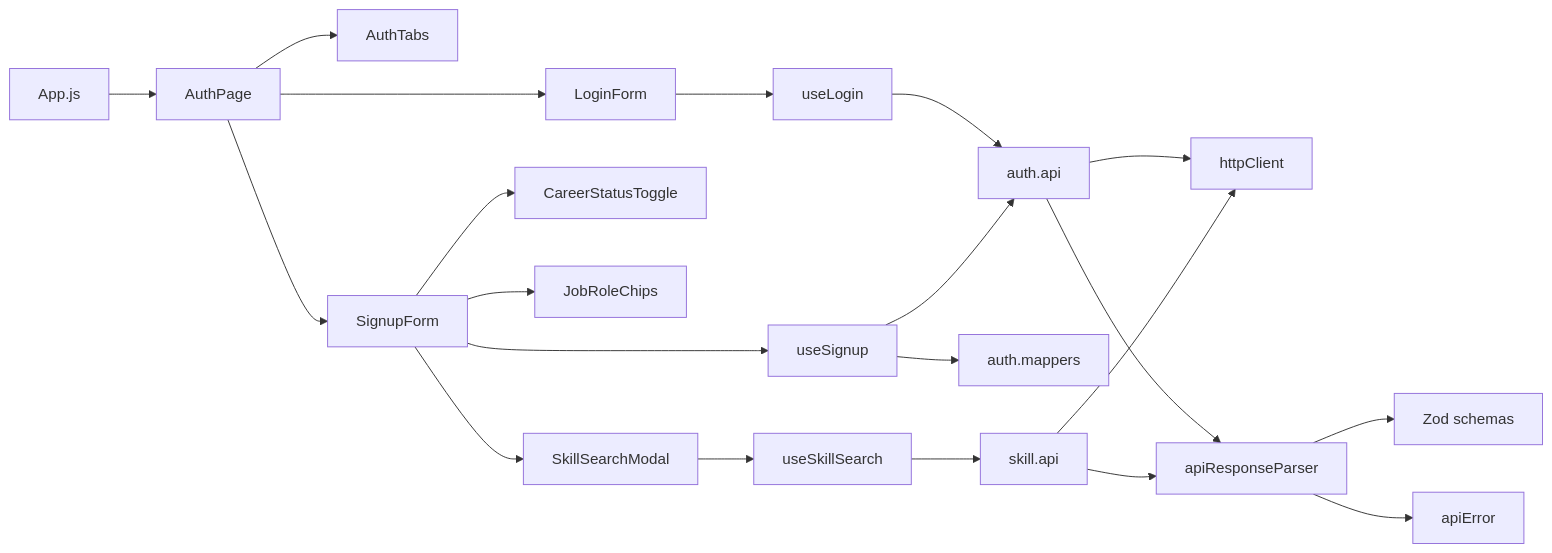
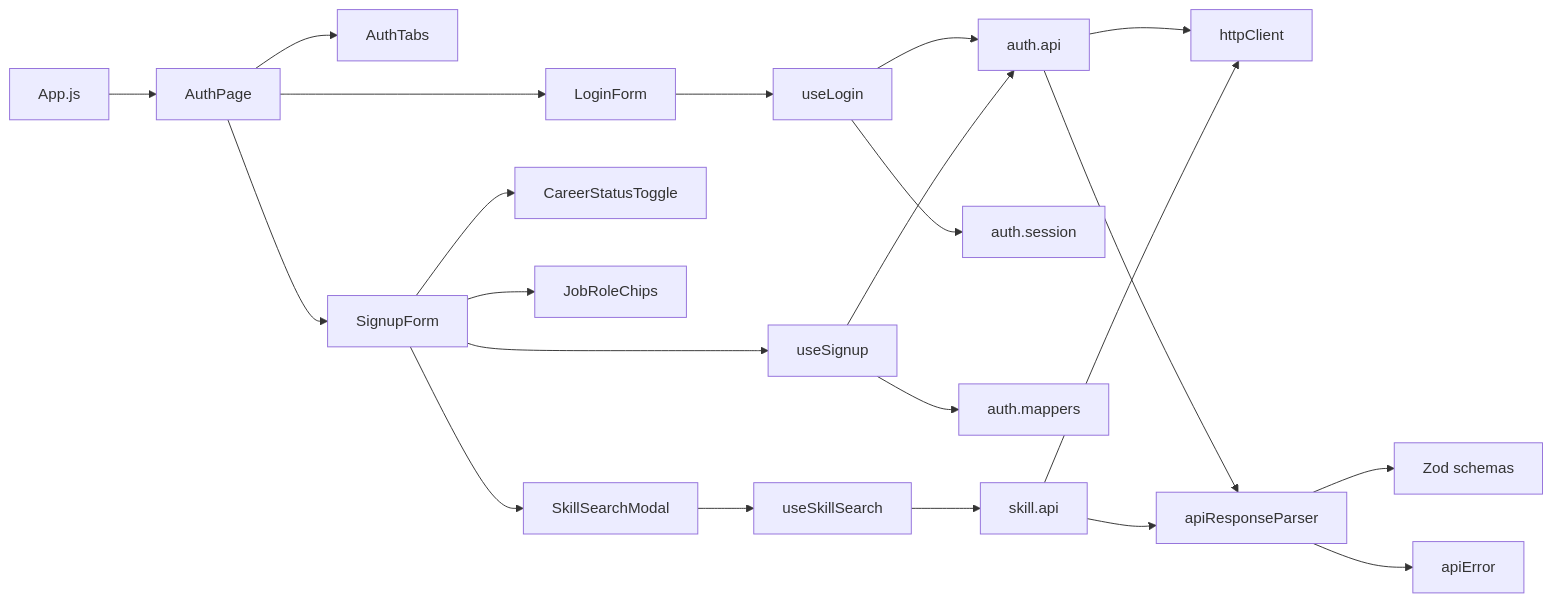
One commit to inspire-jobzip/frontend changed the diagram in docs/auth-architecture-and-logging.md. Above: the diagram before and after it, drawn with Mermaid. The commit also changed other lines of this file and 6 other files, not shown here.

Commit message:
[refactor]-11/auth_tokenSaveSession

````diff
--- a/docs/auth-architecture-and-logging.md
+++ b/docs/auth-architecture-and-logging.md
@@ -62,23 +64,24 @@
 ```mermaid
 flowchart LR
     App[App.js] --> Page[AuthPage]
     Page --> Tabs[AuthTabs]
     Page --> LoginForm
     Page --> SignupForm
     LoginForm --> UseLogin[useLogin]
     SignupForm --> UseSignup[useSignup]
     SignupForm --> Career[CareerStatusToggle]
     SignupForm --> Role[JobRoleChips]
     SignupForm --> SkillModal[SkillSearchModal]
     SkillModal --> UseSkill[useSkillSearch]
     UseLogin --> AuthApi[auth.api]
+    UseLogin --> Session[auth.session]
     UseSignup --> Mapper[auth.mappers]
     UseSignup --> AuthApi
     UseSkill --> SkillApi[skill.api]
     AuthApi --> Http[httpClient]
     SkillApi --> Http
     AuthApi --> Parser[apiResponseParser]
     SkillApi --> Parser
     Parser --> Schemas[Zod schemas]
     Parser --> Errors[apiError]
 ```
````
